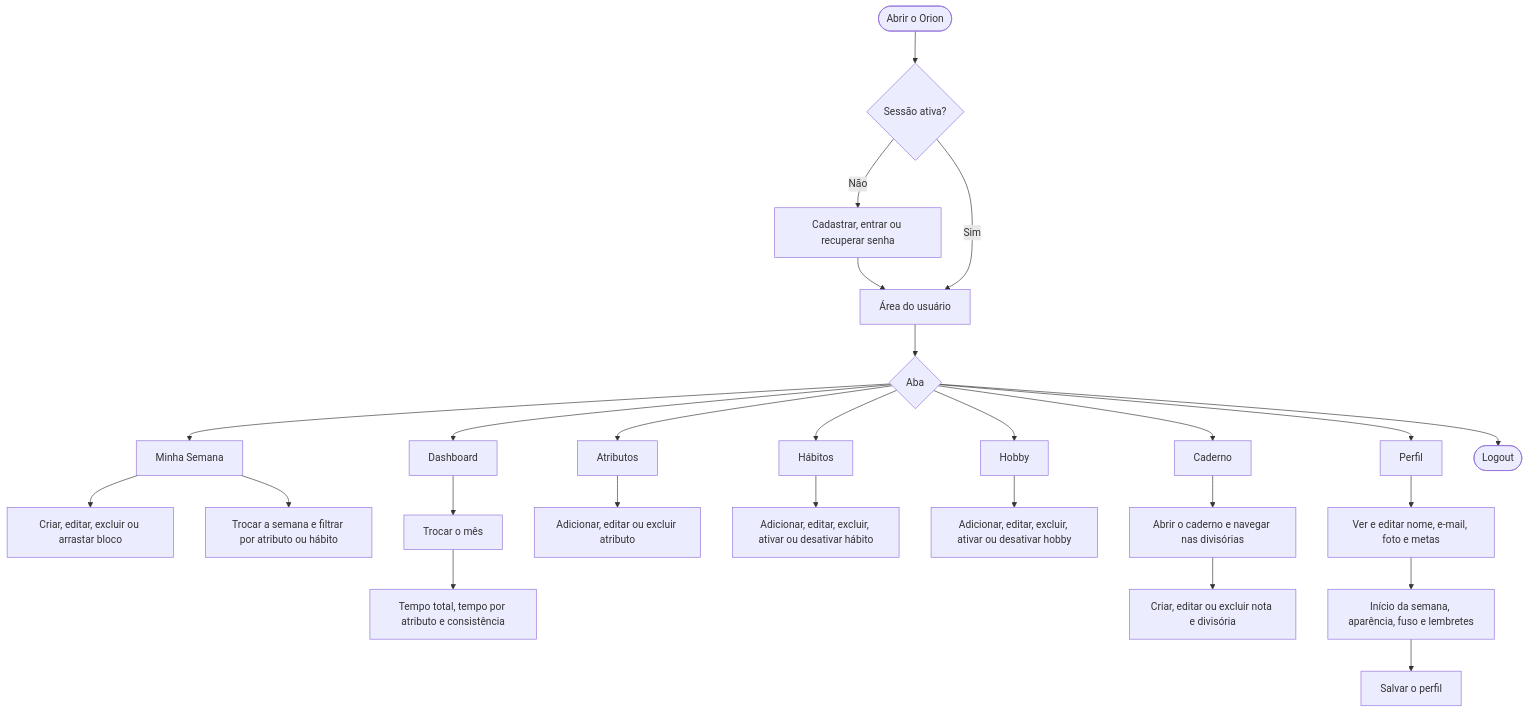
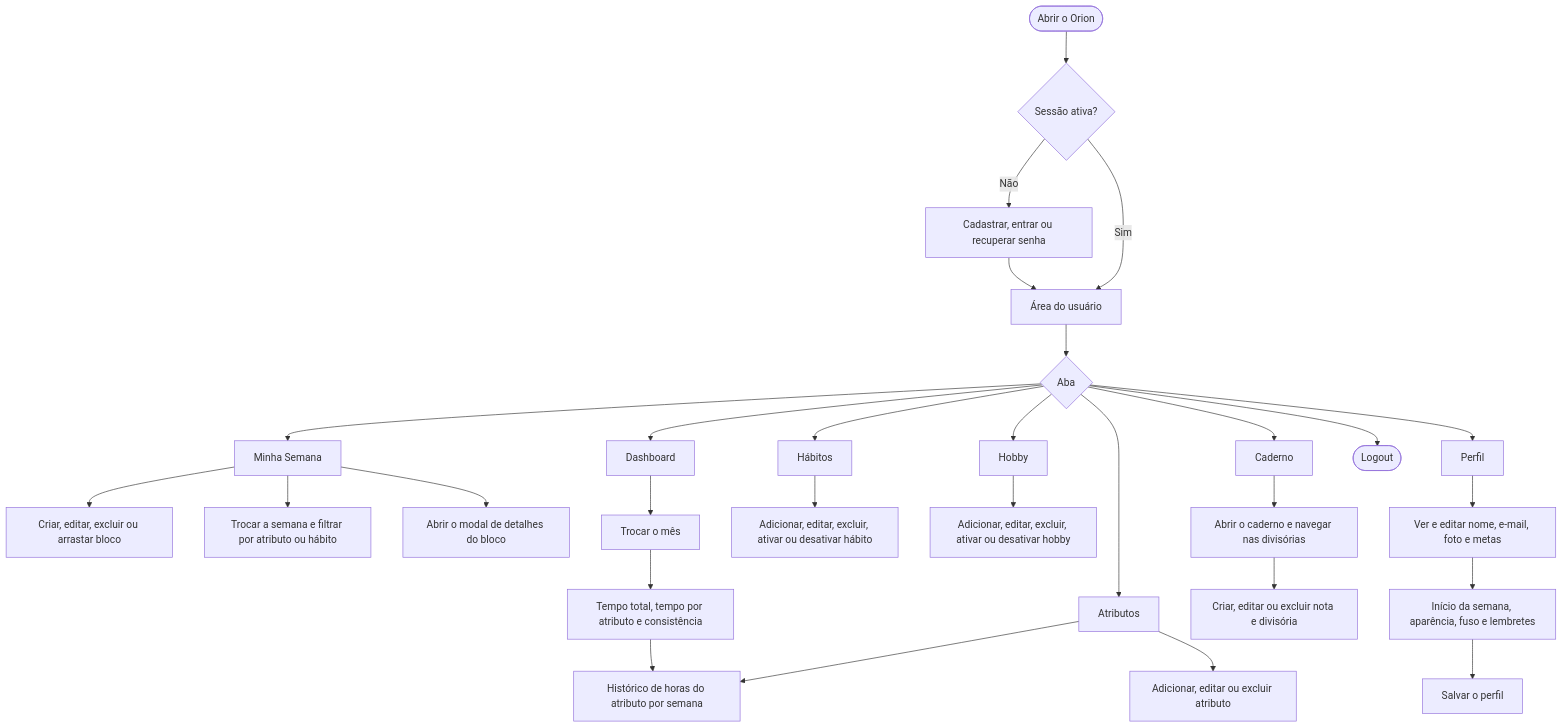
Before and after one commit to kalebefx/orion: the diagram in docs/diagramas/diagrama-de-fluxo.md, drawn with Mermaid. The commit also changed other lines of this file and 3 other files, not shown here.

Commit message:
Atualiza cronograma e diagramas com o que a engenharia já entregou.

````diff
--- a/docs/diagramas/diagrama-de-fluxo.md
+++ b/docs/diagramas/diagrama-de-fluxo.md
@@ -7,29 +5,32 @@
 ```mermaid
 flowchart TD
   inicio([Abrir o Orion]) --> sessao{Sessão ativa?}
   sessao -->|Não| entrada[Cadastrar, entrar ou recuperar senha]
   entrada --> area[Área do usuário]
   sessao -->|Sim| area
   area --> escolha{Aba}
   escolha --> semana[Minha Semana]
   escolha --> dashboard[Dashboard]
   escolha --> atributos[Atributos]
   escolha --> habitos[Hábitos]
   escolha --> hobby[Hobby]
   escolha --> caderno[Caderno]
   escolha --> perfil[Perfil]
   escolha --> sair([Logout])
 
   semana --> semanaAcoes[Criar, editar, excluir ou arrastar bloco]
   semana --> semanaVista[Trocar a semana e filtrar por atributo ou hábito]
+  semana --> detalheBloco[Abrir o modal de detalhes do bloco]
   dashboard --> mes[Trocar o mês]
   mes --> stats[Tempo total, tempo por atributo e consistência]
+  stats --> detalheAtributo[Histórico de horas do atributo por semana]
   atributos --> atributosAcoes[Adicionar, editar ou excluir atributo]
+  atributos --> detalheAtributo
   habitos --> habitosAcoes[Adicionar, editar, excluir, ativar ou desativar hábito]
   hobby --> hobbyAcoes[Adicionar, editar, excluir, ativar ou desativar hobby]
   caderno --> cadernoNav[Abrir o caderno e navegar nas divisórias]
   cadernoNav --> cadernoNotas[Criar, editar ou excluir nota e divisória]
   perfil --> perfilDados[Ver e editar nome, e-mail, foto e metas]
   perfilDados --> perfilPrefs[Início da semana, aparência, fuso e lembretes]
   perfilPrefs --> perfilSalvar[Salvar o perfil]
 ```
````
